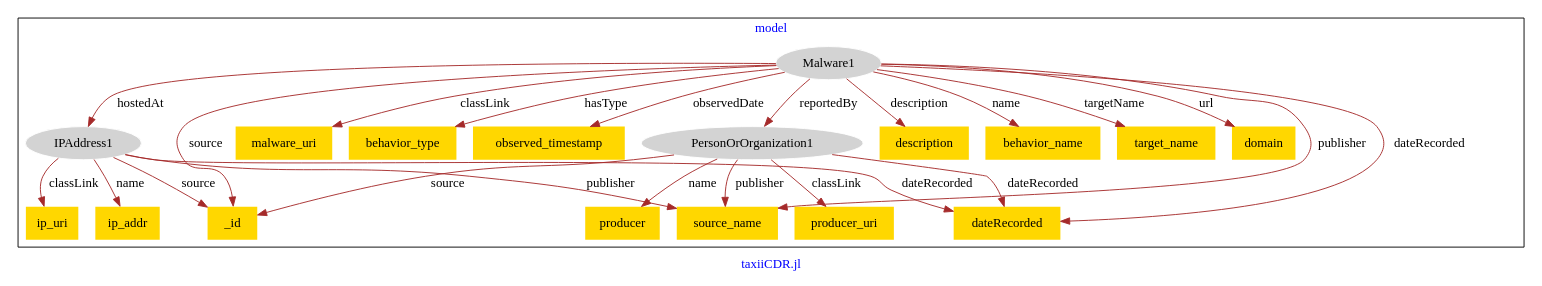
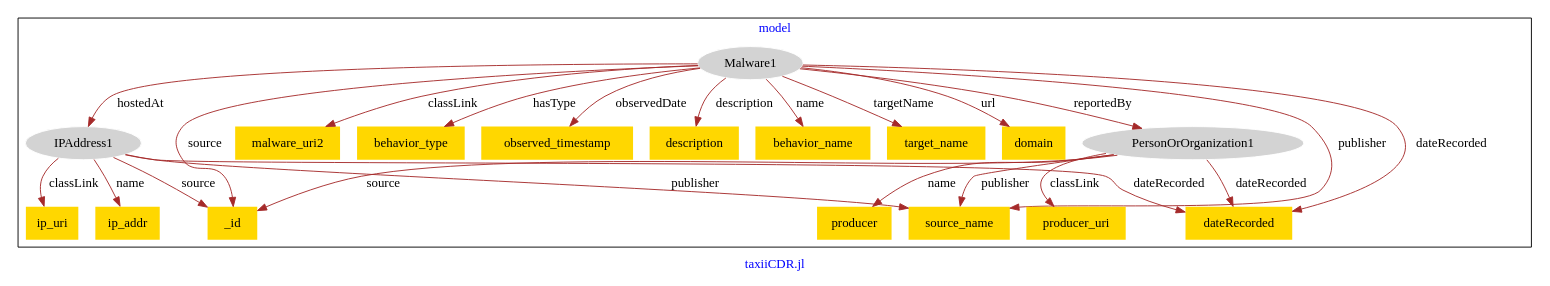
One commit to usc-isi-i2/effect-alignment changed the diagram in models/hg-taxii/hg_taxii-model.dot. Above: the diagram before and after it, drawn with Graphviz.

Commit message:
Update file hg_taxii-model.dot

```diff
--- a/models/hg-taxii/hg_taxii-model.dot
+++ b/models/hg-taxii/hg_taxii-model.dot
@@ -1,47 +1,47 @@
 digraph n0 {
 fontcolor="blue"
 remincross="true"
 label="taxiiCDR.jl"
 subgraph cluster {
 label="model"
 n2[style="filled",color="white",fillcolor="lightgray",label="IPAddress1"];
 n3[shape="plaintext",style="filled",fillcolor="gold",label="ip_uri"];
 n4[shape="plaintext",style="filled",fillcolor="gold",label="ip_addr"];
 n5[shape="plaintext",style="filled",fillcolor="gold",label="_id"];
 n6[style="filled",color="white",fillcolor="lightgray",label="Malware1"];
-n7[shape="plaintext",style="filled",fillcolor="gold",label="malware_uri"];
+n7[shape="plaintext",style="filled",fillcolor="gold",label="malware_uri2"];
 n8[shape="plaintext",style="filled",fillcolor="gold",label="behavior_type"];
 n9[shape="plaintext",style="filled",fillcolor="gold",label="observed_timestamp"];
-n10[style="filled",color="white",fillcolor="lightgray",label="PersonOrOrganization1"];
-n11[shape="plaintext",style="filled",fillcolor="gold",label="description"];
-n12[shape="plaintext",style="filled",fillcolor="gold",label="behavior_name"];
-n13[shape="plaintext",style="filled",fillcolor="gold",label="target_name"];
-n14[shape="plaintext",style="filled",fillcolor="gold",label="domain"];
+n10[shape="plaintext",style="filled",fillcolor="gold",label="description"];
+n11[shape="plaintext",style="filled",fillcolor="gold",label="behavior_name"];
+n12[shape="plaintext",style="filled",fillcolor="gold",label="target_name"];
+n13[shape="plaintext",style="filled",fillcolor="gold",label="domain"];
+n14[style="filled",color="white",fillcolor="lightgray",label="PersonOrOrganization1"];
 n15[shape="plaintext",style="filled",fillcolor="gold",label="producer_uri"];
 n16[shape="plaintext",style="filled",fillcolor="gold",label="dateRecorded"];
 n17[shape="plaintext",style="filled",fillcolor="gold",label="producer"];
 n18[shape="plaintext",style="filled",fillcolor="gold",label="source_name"];
 }
 n2 -> n3[color="brown",fontcolor="black",label="classLink"]
 n2 -> n4[color="brown",fontcolor="black",label="name"]
 n2 -> n5[color="brown",fontcolor="black",label="source"]
 n6 -> n7[color="brown",fontcolor="black",label="classLink"]
 n6 -> n8[color="brown",fontcolor="black",label="hasType"]
 n6 -> n9[color="brown",fontcolor="black",label="observedDate"]
-n6 -> n10[color="brown",fontcolor="black",label="reportedBy"]
-n6 -> n11[color="brown",fontcolor="black",label="description"]
-n6 -> n12[color="brown",fontcolor="black",label="name"]
-n6 -> n13[color="brown",fontcolor="black",label="targetName"]
-n6 -> n14[color="brown",fontcolor="black",label="url"]
-n10 -> n15[color="brown",fontcolor="black",label="classLink"]
-n10 -> n16[color="brown",fontcolor="black",label="dateRecorded"]
-n10 -> n17[color="brown",fontcolor="black",label="name"]
-n10 -> n18[color="brown",fontcolor="black",label="publisher"]
-n10 -> n5[color="brown",fontcolor="black",label="source"]
+n6 -> n10[color="brown",fontcolor="black",label="description"]
+n6 -> n11[color="brown",fontcolor="black",label="name"]
 n6 -> n5[color="brown",fontcolor="black",label="source"]
+n6 -> n12[color="brown",fontcolor="black",label="targetName"]
+n6 -> n13[color="brown",fontcolor="black",label="url"]
+n14 -> n15[color="brown",fontcolor="black",label="classLink"]
+n14 -> n16[color="brown",fontcolor="black",label="dateRecorded"]
+n14 -> n17[color="brown",fontcolor="black",label="name"]
+n14 -> n18[color="brown",fontcolor="black",label="publisher"]
+n14 -> n5[color="brown",fontcolor="black",label="source"]
+n6 -> n14[color="brown",fontcolor="black",label="reportedBy"]
+n2 -> n18[color="brown",fontcolor="black",label="publisher"]
 n6 -> n18[color="brown",fontcolor="black",label="publisher"]
 n2 -> n16[color="brown",fontcolor="black",label="dateRecorded"]
+n6 -> n2[color="brown",fontcolor="black",label="hostedAt"]
 n6 -> n16[color="brown",fontcolor="black",label="dateRecorded"]
-n6 -> n2[color="brown",fontcolor="black",label="hostedAt"]
-n2 -> n18[color="brown",fontcolor="black",label="publisher"]
 }
```
